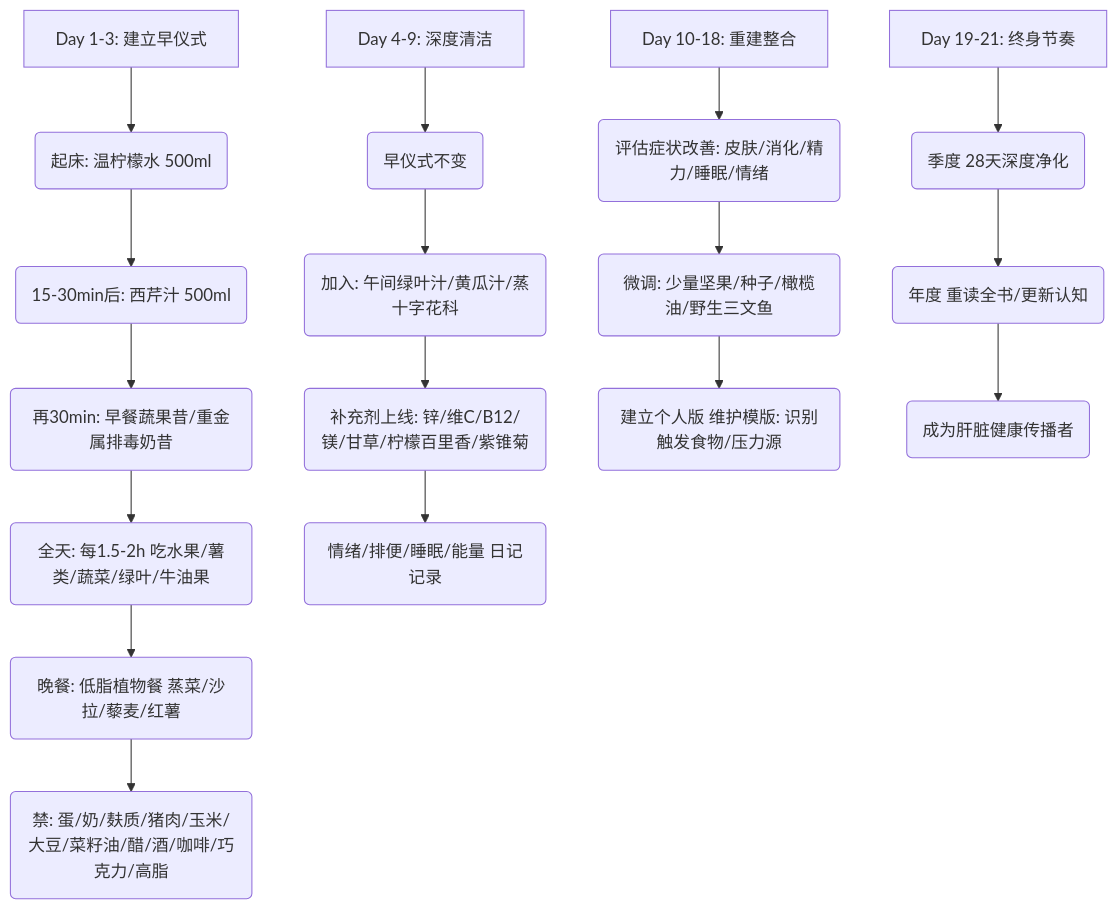
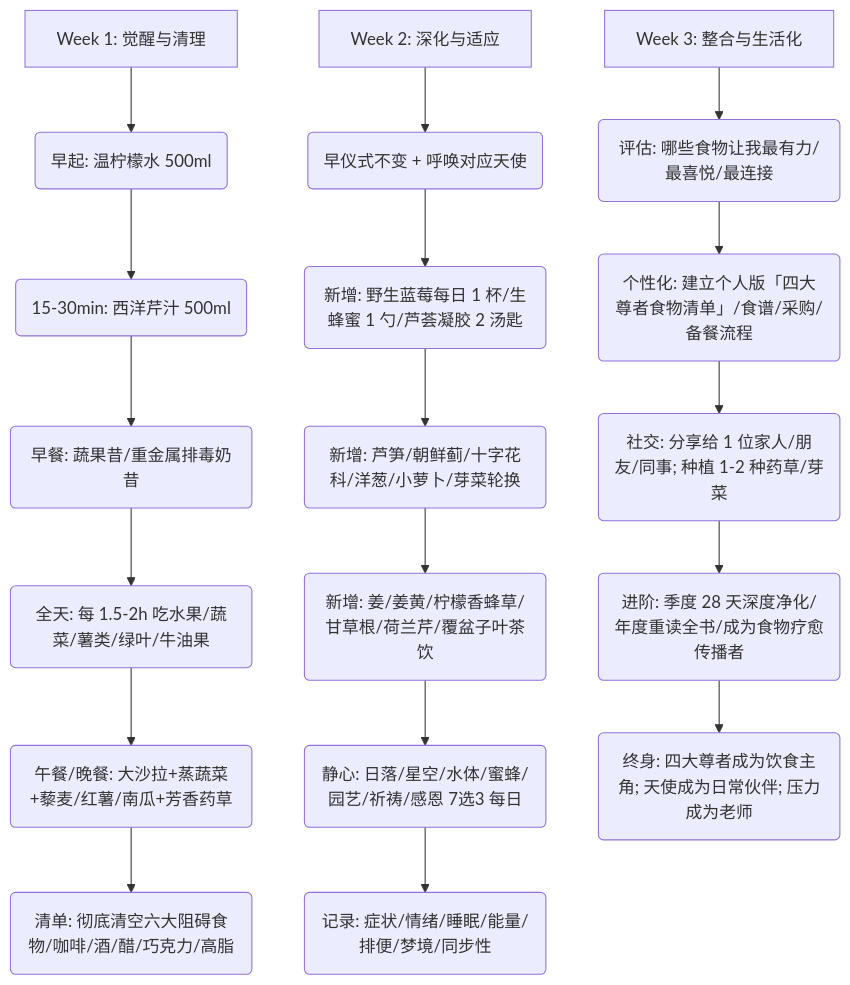
One commit to OpenDocCN1/mystery-llm-wiki changed the second of 3 diagrams in pages/yi-liao-ling-mei.md. Above: the diagram before and after it, drawn with Mermaid. The commit also changed other lines of this file and 4 other files, not shown here.

````diff
--- a/pages/yi-liao-ling-mei.md
+++ b/pages/yi-liao-ling-mei.md
@@ -178,22 +349,22 @@
 ```mermaid
 graph TD
-    A[Day 1-3: 建立早仪式] --> A1(起床: 温柠檬水 500ml)
-    A1 --> A2(15-30min后: 西芹汁 500ml)
-    A2 --> A3(再30min: 早餐蔬果昔/重金属排毒奶昔)
-    A3 --> A4(全天: 每1.5-2h 吃水果/薯类/蔬菜/绿叶/牛油果)
-    A4 --> A5(晚餐: 低脂植物餐 蒸菜/沙拉/藜麦/红薯)
-    A5 --> A6(禁: 蛋/奶/麸质/猪肉/玉米/大豆/菜籽油/醋/酒/咖啡/巧克力/高脂)
+    A[Week 1: 觉醒与清理] --> A1(早起: 温柠檬水 500ml)
+    A1 --> A2(15-30min: 西洋芹汁 500ml)
+    A2 --> A3(早餐: 蔬果昔/重金属排毒奶昔)
+    A3 --> A4(全天: 每 1.5-2h 吃水果/蔬菜/薯类/绿叶/牛油果)
+    A4 --> A5(午餐/晚餐: 大沙拉+蒸蔬菜+藜麦/红薯/南瓜+芳香药草)
+    A5 --> A6(清单: 彻底清空六大阻碍食物/咖啡/酒/醋/巧克力/高脂)
     
-    B[Day 4-9: 深度清洁] --> B1(早仪式不变)
-    B1 --> B2(加入: 午间绿叶汁/黄瓜汁/蒸十字花科)
-    B2 --> B3(补充剂上线: 锌/维C/B12/镁/甘草/柠檬百里香/紫锥菊)
-    B3 --> B4(情绪/排便/睡眠/能量 日记记录)
+    B[Week 2: 深化与适应] --> B1(早仪式不变 + 呼唤对应天使)
+    B1 --> B2(新增: 野生蓝莓每日 1 杯/生蜂蜜 1 勺/芦荟凝胶 2 汤匙)
+    B2 --> B3(新增: 芦笋/朝鲜蓟/十字花科/洋葱/小萝卜/芽菜轮换)
+    B3 --> B4(新增: 姜/姜黄/柠檬香蜂草/甘草根/荷兰芹/覆盆子叶茶饮)
+    B4 --> B5(静心: 日落/星空/水体/蜜蜂/园艺/祈祷/感恩 7选3 每日)
+    B5 --> B6(记录: 症状/情绪/睡眠/能量/排便/梦境/同步性)
     
-    C[Day 10-18: 重建整合] --> C1(评估症状改善: 皮肤/消化/精力/睡眠/情绪)
-    C1 --> C2(微调: 少量坚果/种子/橄榄油/野生三文鱼)
-    C2 --> C3(建立个人版 维护模版: 识别触发食物/压力源)
-    
-    D[Day 19-21: 终身节奏] --> D1(季度 28天深度净化)
-    D1 --> D2(年度 重读全书/更新认知)
-    D2 --> D3(成为肝脏健康传播者)
+    C[Week 3: 整合与生活化] --> C1(评估: 哪些食物让我最有力/最喜悦/最连接)
+    C1 --> C2(个性化: 建立个人版「四大尊者食物清单」/食谱/采购/备餐流程)
+    C2 --> C3(社交: 分享给 1 位家人/朋友/同事; 种植 1-2 种药草/芽菜)
+    C3 --> C4(进阶: 季度 28 天深度净化/年度重读全书/成为食物疗愈传播者)
+    C4 --> C5(终身: 四大尊者成为饮食主角; 天使成为日常伙伴; 压力成为老师)
 ```
````
